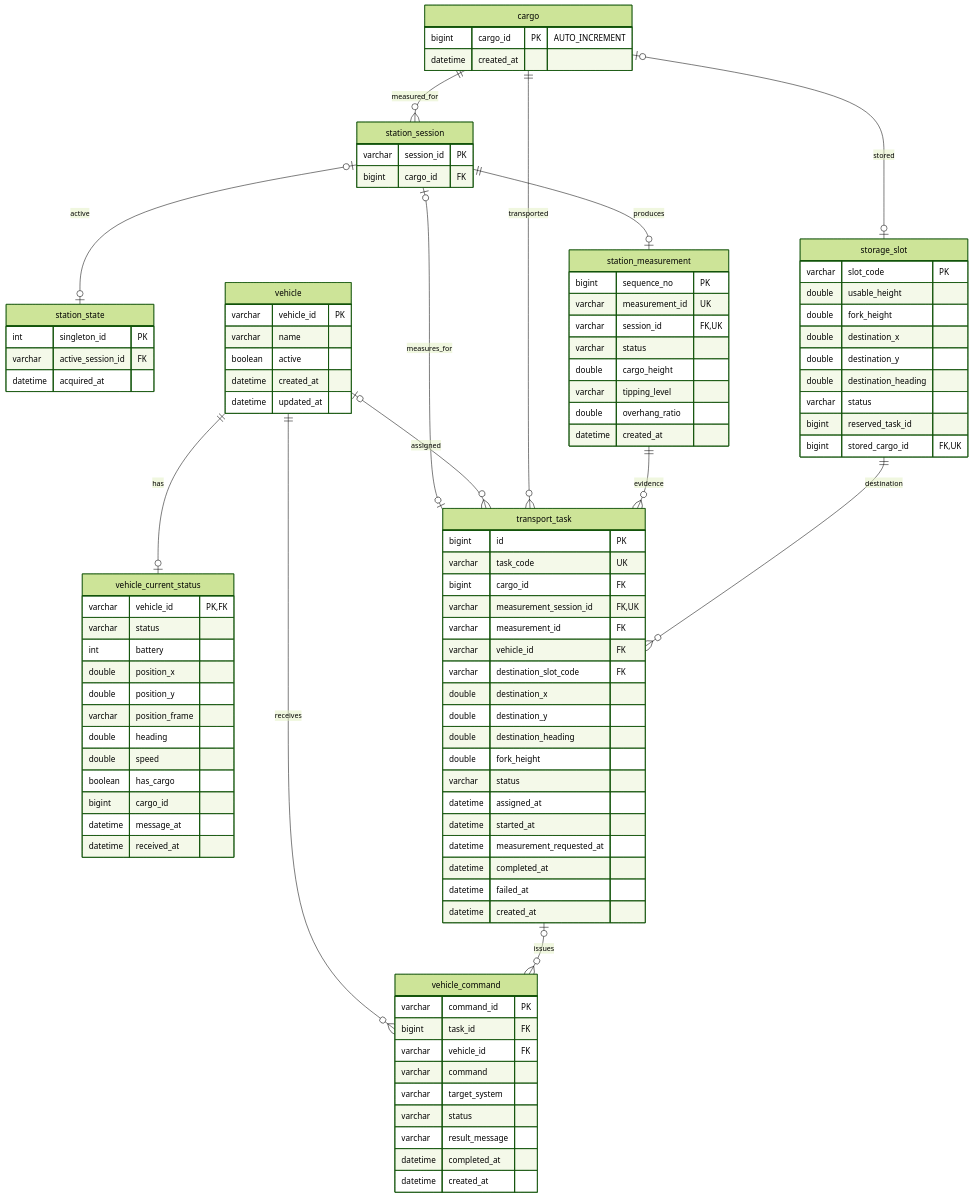
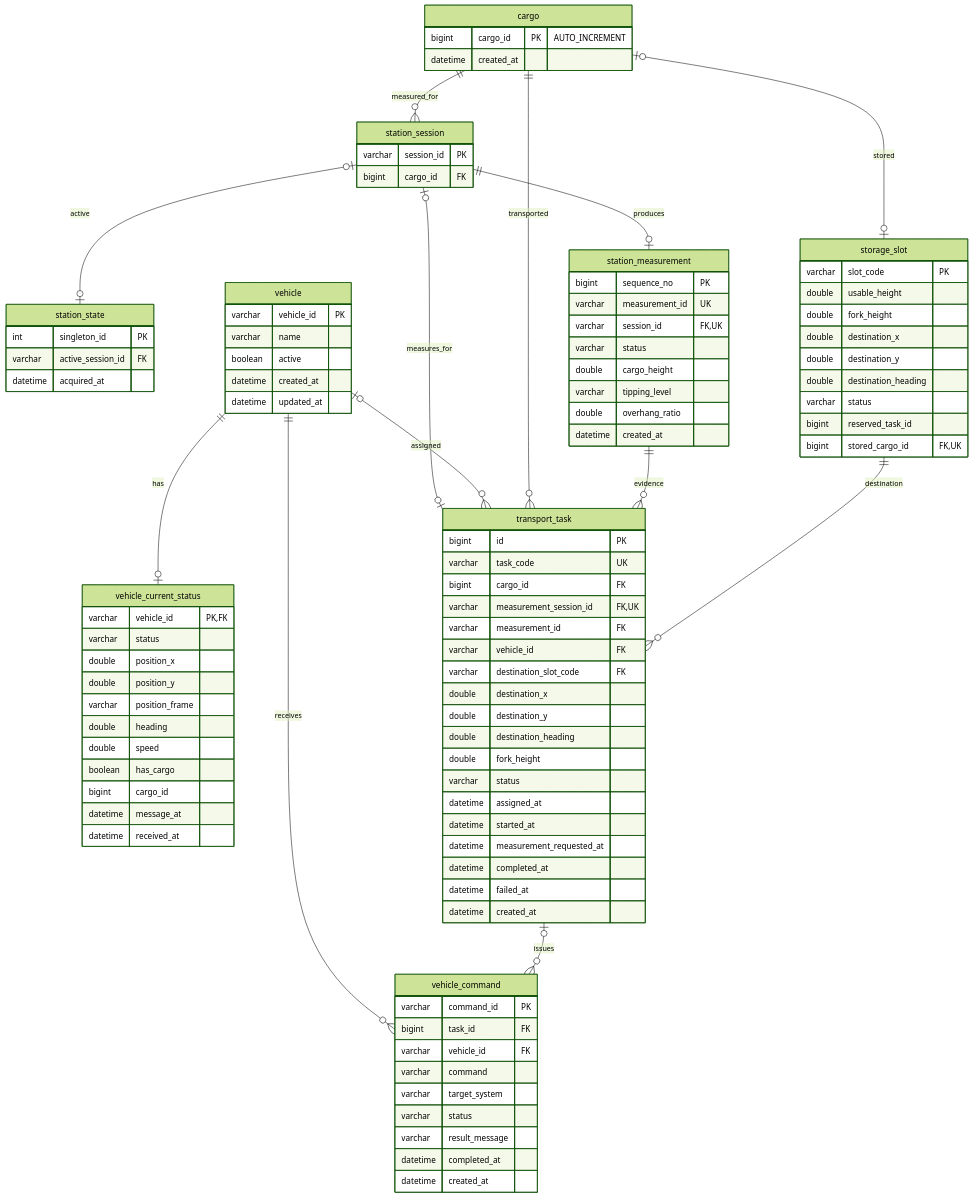
Before and after one commit to bjs0306b/fast-autonomous-forklift: the diagram in docs/backend-db/ERD.md, drawn with Mermaid (forest theme). The commit also changed 104 other files, not shown here.

```diff
--- a/docs/backend-db/ERD.md
+++ b/docs/backend-db/ERD.md
@@ -42,7 +42,6 @@
     vehicle_current_status {
         varchar vehicle_id PK,FK
         varchar status
-        int battery
         double position_x
         double position_y
         varchar position_frame
```
